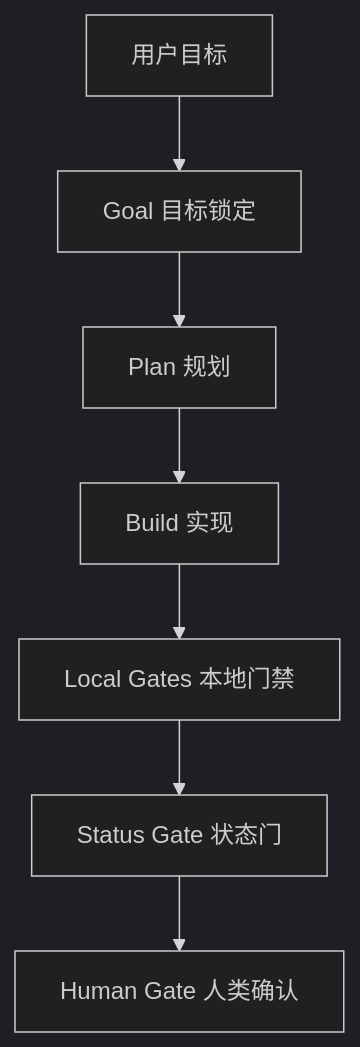
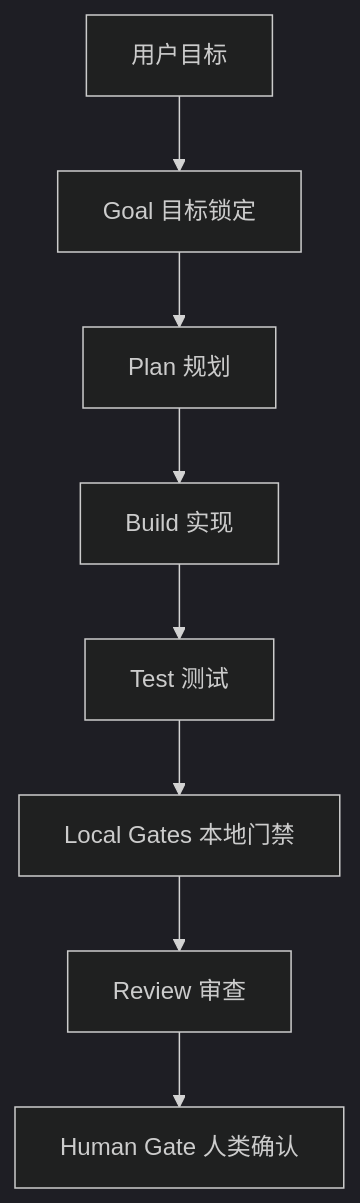
Before and after one commit to daxiguaguagua-hash/OpsAgent: the first of 3 diagrams in docs/workflows/agent-execution-workflow.md, drawn with Mermaid (dark theme). The commit also changed other lines of this file and 12 other files, not shown here.

````diff
--- a/docs/workflows/agent-execution-workflow.md
+++ b/docs/workflows/agent-execution-workflow.md
@@ -9,9 +9,10 @@
 ```mermaid
 flowchart TD
   A[用户目标] --> B[Goal 目标锁定]
   B --> C[Plan 规划]
   C --> D[Build 实现]
-  D --> E[Local Gates 本地门禁]
-  E --> F[Status Gate 状态门]
-  F --> G[Human Gate 人类确认]
+  D --> E[Test 测试]
+  E --> F[Local Gates 本地门禁]
+  F --> G[Review 审查]
+  G --> H[Human Gate 人类确认]
 ```
````
